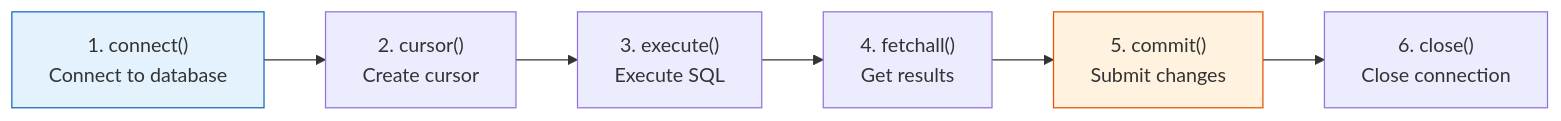
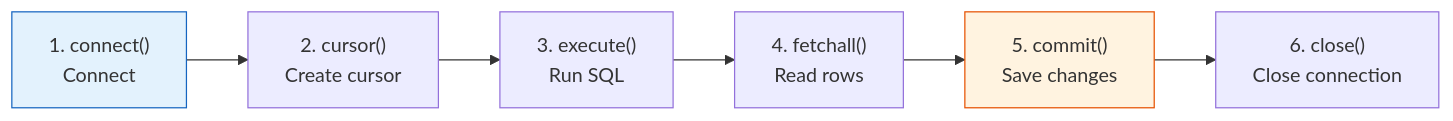
The second of 2 diagrams in docs/ch03-data-analysis/ch05-database/03-python-db.md (oudbiao/AI-fullstack-course), drawn with Mermaid before and after one commit. The commit also changed other lines of this file and 8 other files, not shown here.

````diff
--- a/docs/ch03-data-analysis/ch05-database/03-python-db.md
+++ b/docs/ch03-data-analysis/ch05-database/03-python-db.md
@@ -95,11 +88,11 @@
 ```mermaid
 flowchart LR
-    A["1. connect()<br/>Connect to database"] --> B["2. cursor()<br/>Create cursor"]
-    B --> C["3. execute()<br/>Execute SQL"]
-    C --> D["4. fetchall()<br/>Get results"]
-    D --> E["5. commit()<br/>Submit changes"]
+    A["1. connect()<br/>Connect"] --> B["2. cursor()<br/>Create cursor"]
+    B --> C["3. execute()<br/>Run SQL"]
+    C --> D["4. fetchall()<br/>Read rows"]
+    D --> E["5. commit()<br/>Save changes"]
     E --> F["6. close()<br/>Close connection"]
 
     style A fill:#e3f2fd,stroke:#1565c0
     style E fill:#fff3e0,stroke:#e65100
 ```
````
